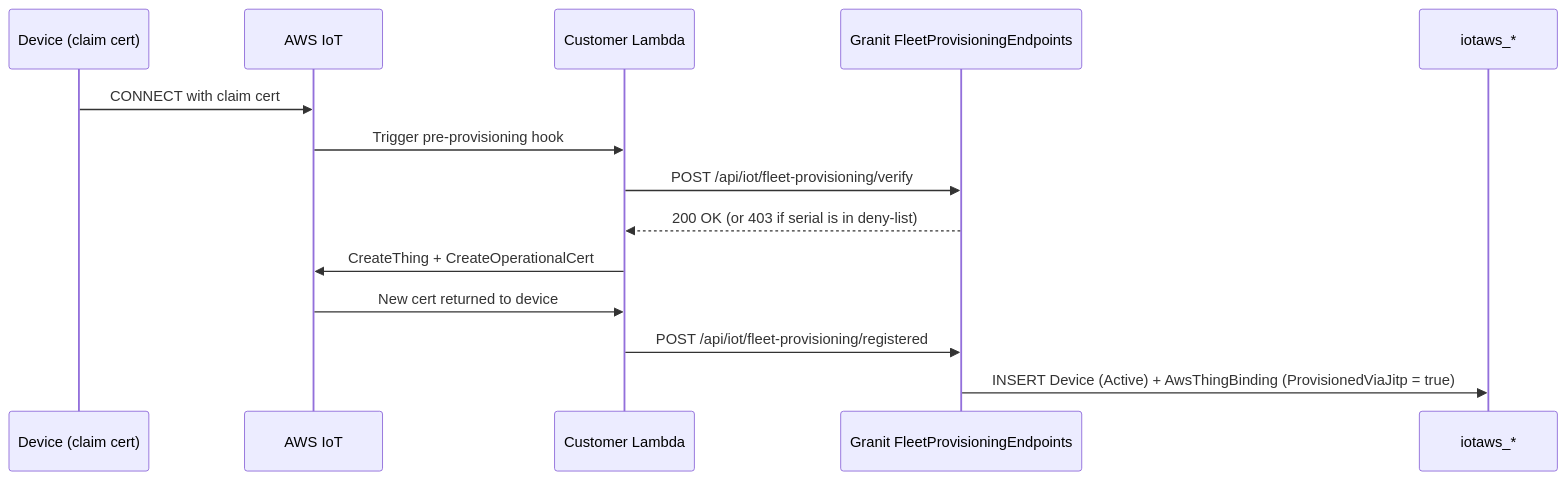
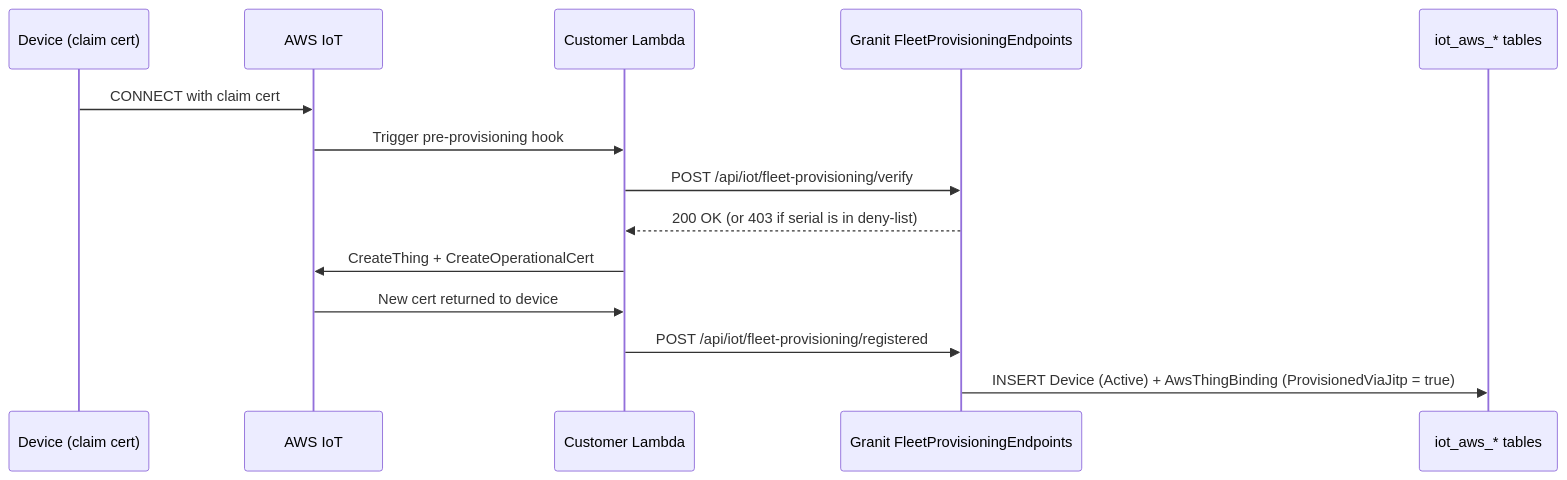
The fourth of 4 diagrams in src/content/docs/dotnet/iot/aws/index.mdx (granit-fx/granit-docs), drawn with Mermaid before and after one commit. The commit also changed other lines of this file and 12 other files, not shown here.

````diff
--- a/src/content/docs/dotnet/iot/aws/index.mdx
+++ b/src/content/docs/dotnet/iot/aws/index.mdx
@@ -178,17 +180,17 @@
 ```mermaid
 sequenceDiagram
   participant D as Device (claim cert)
   participant AWS as AWS IoT
   participant L as Customer Lambda
   participant G as Granit FleetProvisioningEndpoints
-  participant DB as iotaws_*
+  participant DB as iot_aws_* tables
 
   D->>AWS: CONNECT with claim cert
   AWS->>L: Trigger pre-provisioning hook
   L->>G: POST /api/iot/fleet-provisioning/verify
   G-->>L: 200 OK (or 403 if serial is in deny-list)
   L->>AWS: CreateThing + CreateOperationalCert
   AWS->>L: New cert returned to device
   L->>G: POST /api/iot/fleet-provisioning/registered
   G->>DB: INSERT Device (Active) + AwsThingBinding (ProvisionedViaJitp = true)
 ```
````
